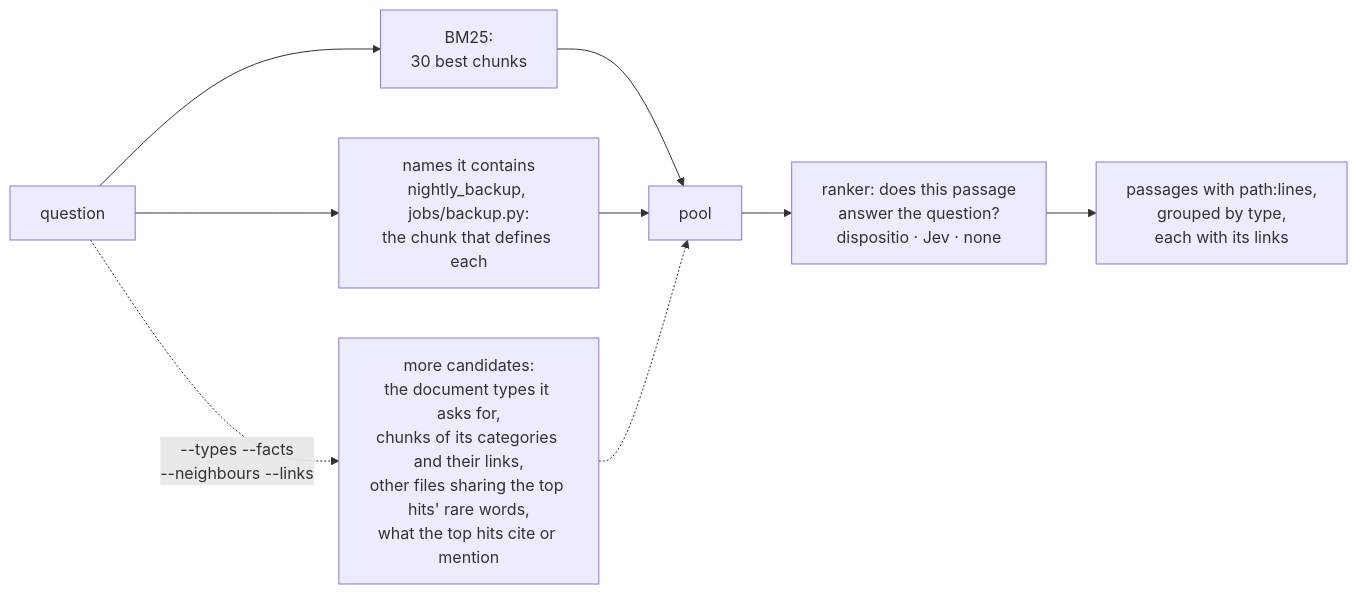
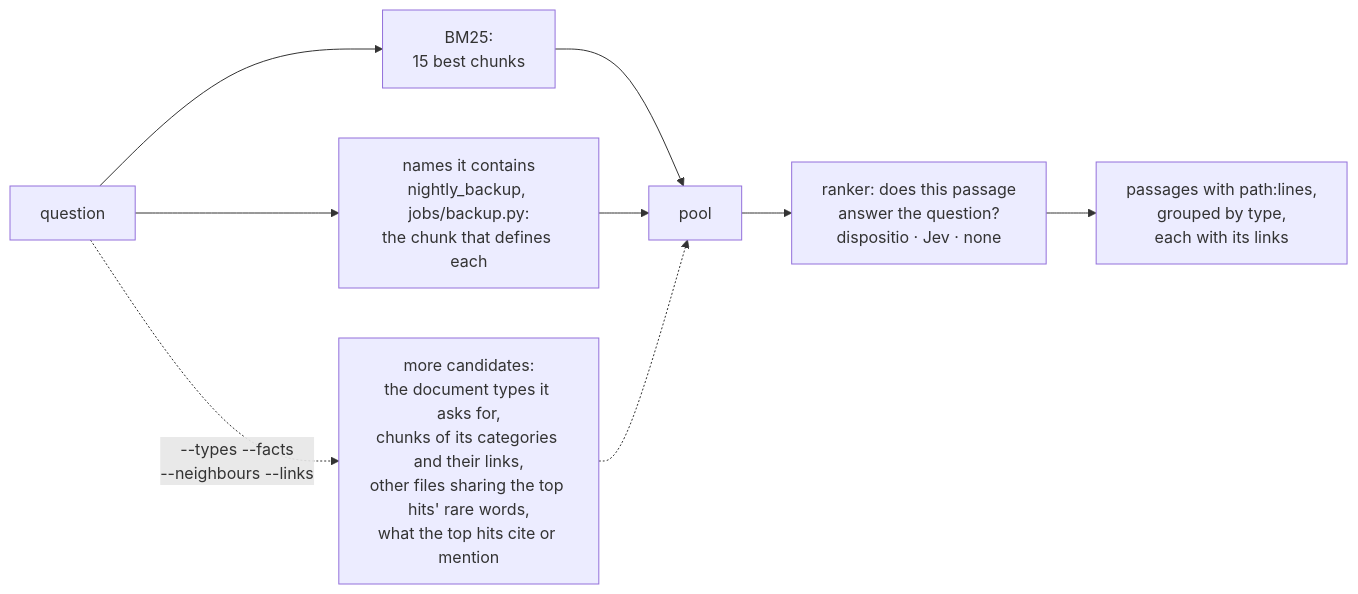
The third of 3 diagrams in README.md (minhquan23102000/inventio), drawn with Mermaid before and after one commit. The commit also changed other lines of this file and 2 other files, not shown here.

````diff
--- a/README.md
+++ b/README.md
@@ -136,7 +136,7 @@
 ```mermaid
 flowchart LR
-    Q["question"] --> B["BM25:<br/>30 best chunks"] --> P["pool"]
+    Q["question"] --> B["BM25:<br/>15 best chunks"] --> P["pool"]
     Q --> N["names it contains<br/>nightly_backup, jobs/backup.py:<br/>the chunk that defines each"] --> P
     Q -. "--types --facts<br/>--neighbours --links" .-> W["more candidates:<br/>the document types it asks for,<br/>chunks of its categories and their links,<br/>other files sharing the top hits' rare words,<br/>what the top hits cite or mention"] -.-> P
     P --> R["ranker: does this passage<br/>answer the question?<br/>dispositio · Jev · none"] --> O["passages with path:lines,<br/>grouped by type,<br/>each with its links"]
 ```
````
